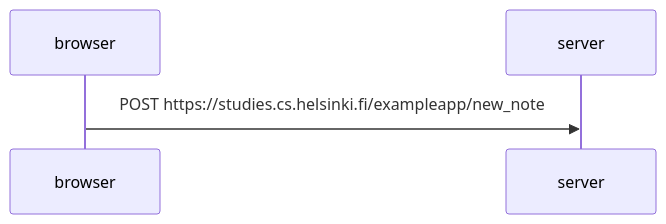
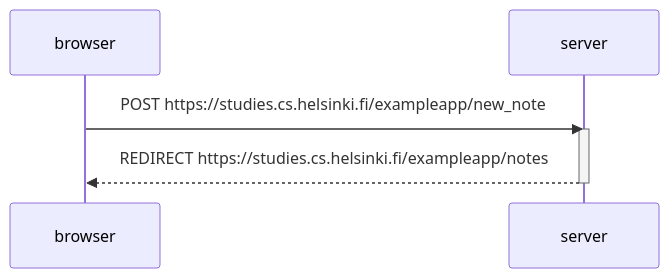
The diagram in part0/0.4.md (susannakinnunen/Full-Stack-Exercises), drawn with Mermaid before and after one commit.

````diff
--- a/part0/0.4.md
+++ b/part0/0.4.md
@@ -1,10 +1,12 @@
 ```mermaid
 
 sequenceDiagram 
 	participant browser
 	participant  server
 
-browser->>server: POST https://studies.cs.helsinki.fi/exampleapp/new_note
-activate server
-
+	browser->>server: POST https://studies.cs.helsinki.fi/exampleapp/new_note
+	activate server
+   	server-->>browser: REDIRECT https://studies.cs.helsinki.fi/exampleapp/notes
+    deactivate server
+	
 ```
````
